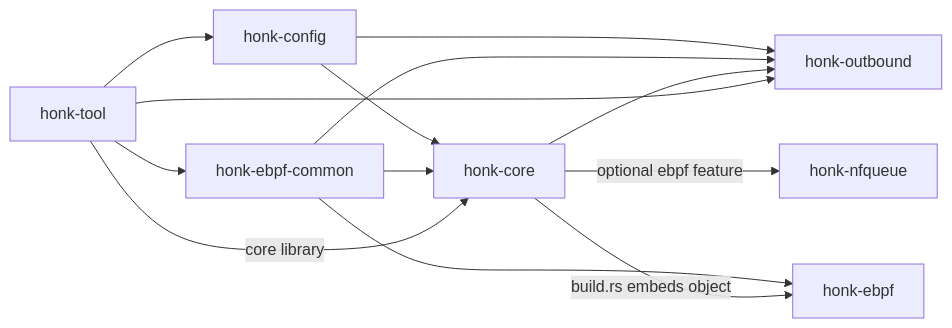
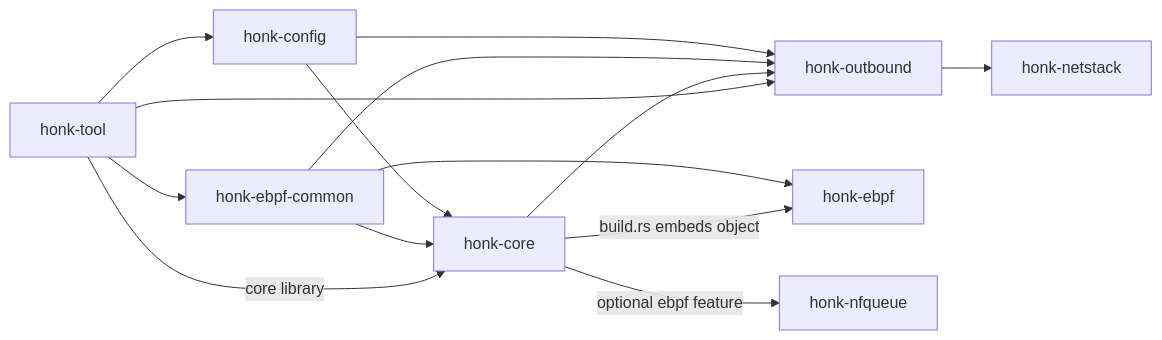
The first of 2 diagrams in doc/en/design/overview.md (daeuniverse/honk), drawn with Mermaid before and after one commit. The commit also changed other lines of this file and 18 other files, not shown here.

````diff
--- a/doc/en/design/overview.md
+++ b/doc/en/design/overview.md
@@ -35,15 +36,16 @@
 ```mermaid
 flowchart LR
   CFG[honk-config] --> CORE[honk-core]
   CFG --> OUT[honk-outbound]
   COMMON[honk-ebpf-common] --> CORE
   COMMON --> OUT
   COMMON --> EBPF[honk-ebpf]
   CORE --> OUT
+  OUT --> NS[honk-netstack]
   CORE -->|optional ebpf feature| NFQ[honk-nfqueue]
   CORE -->|build.rs embeds object| EBPF
   TOOL[honk-tool] --> CFG
   TOOL --> COMMON
   TOOL --> OUT
   TOOL -->|core library| CORE
 ```
````
